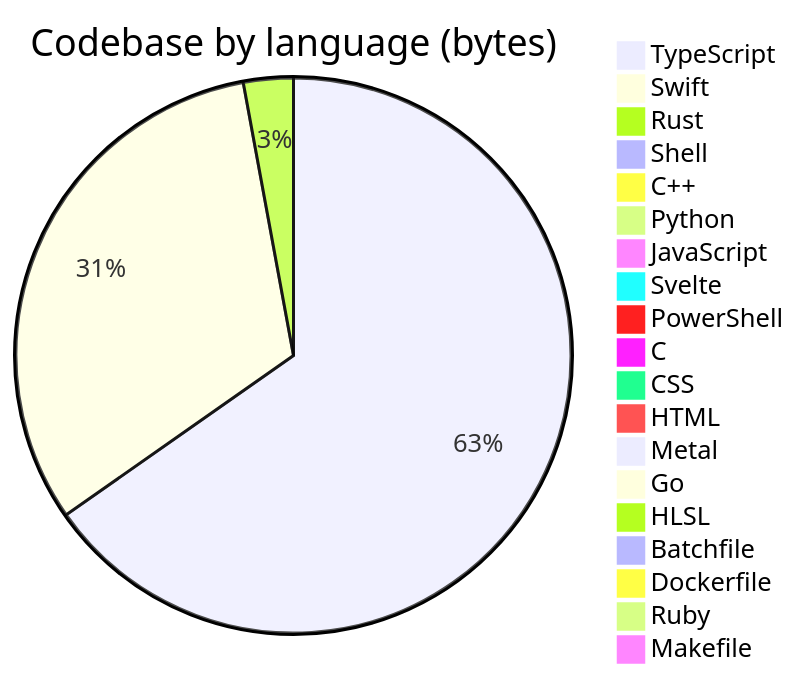
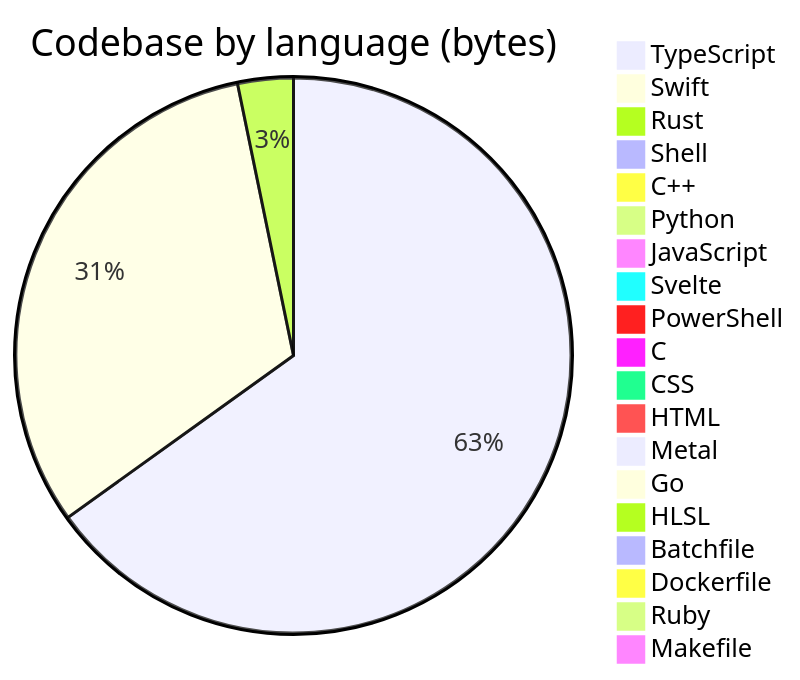
Before and after one commit to Open330/.github: the diagram in profile/README.md, drawn with Mermaid. The commit also changed other lines of this file, not shown here.

````diff
--- a/profile/README.md
+++ b/profile/README.md
@@ -130,22 +130,22 @@
 ```mermaid
 pie title Codebase by language (bytes)
-    "TypeScript" : 34188191
-    "Swift" : 16673252
-    "Rust" : 1518262
+    "TypeScript" : 34267410
+    "Swift" : 16678263
+    "Rust" : 1701719
     "Shell" : 472359
     "C++" : 388775
     "Python" : 297585
-    "JavaScript" : 242649
+    "JavaScript" : 255937
     "Svelte" : 143451
     "PowerShell" : 128198
     "C" : 114143
-    "CSS" : 91645
-    "HTML" : 36084
+    "CSS" : 98170
+    "HTML" : 42579
     "Metal" : 33033
     "Go" : 22811
     "HLSL" : 7527
     "Batchfile" : 5870
     "Dockerfile" : 4893
     "Ruby" : 1554
     "Makefile" : 1150
 ```
````
